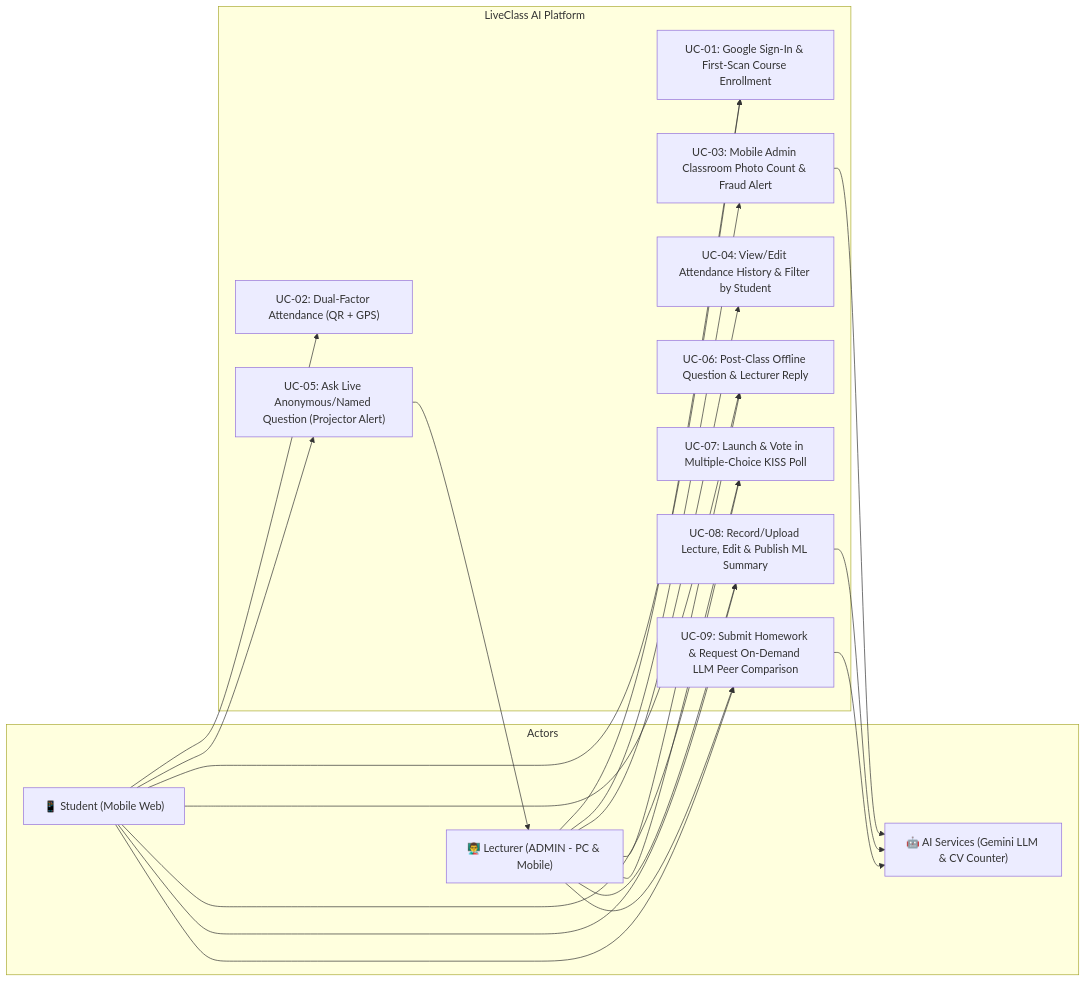
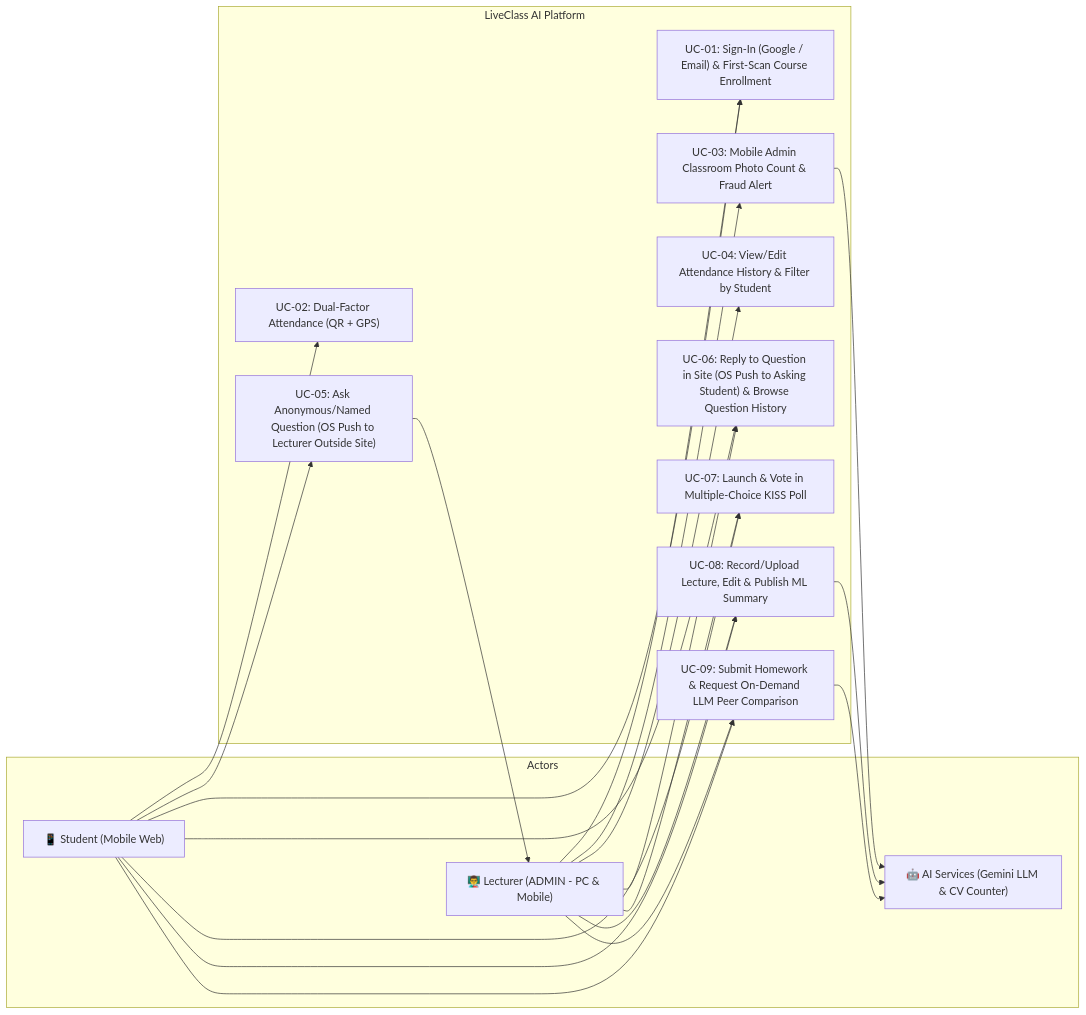
The diagram in docs/04_Use_Cases_Client_Stories.md (amiramAs/I2SE_Exe2), drawn with Mermaid before and after one commit. The commit also changed other lines of this file and 11 other files, not shown here.

````diff
--- a/docs/04_Use_Cases_Client_Stories.md
+++ b/docs/04_Use_Cases_Client_Stories.md
@@ -9,39 +9,39 @@
 ```mermaid
 flowchart LR
     subgraph Actors
         L["👨‍🏫 Lecturer (ADMIN - PC & Mobile)"]
         S["📱 Student (Mobile Web)"]
         AI["🤖 AI Services (Gemini LLM & CV Counter)"]
     end
 
     subgraph LiveClass_AI["LiveClass AI Platform"]
-        UC1["UC-01: Google Sign-In & First-Scan Course Enrollment"]
+        UC1["UC-01: Sign-In (Google / Email) & First-Scan Course Enrollment"]
         UC2["UC-02: Dual-Factor Attendance (QR + GPS)"]
         UC3["UC-03: Mobile Admin Classroom Photo Count & Fraud Alert"]
         UC4["UC-04: View/Edit Attendance History & Filter by Student"]
-        UC5["UC-05: Ask Live Anonymous/Named Question (Projector Alert)"]
-        UC6["UC-06: Post-Class Offline Question & Lecturer Reply"]
+        UC5["UC-05: Ask Anonymous/Named Question (OS Push to Lecturer Outside Site)"]
+        UC6["UC-06: Reply to Question in Site (OS Push to Asking Student) & Browse Question History"]
         UC7["UC-07: Launch & Vote in Multiple-Choice KISS Poll"]
         UC8["UC-08: Record/Upload Lecture, Edit & Publish ML Summary"]
         UC9["UC-09: Submit Homework & Request On-Demand LLM Peer Comparison"]
     end
 
     L --> UC1
     S --> UC1
     S --> UC2
     L --> UC3
     UC3 --> AI
     L --> UC4
     S --> UC5
     UC5 --> L
     S --> UC6
     L --> UC6
     L --> UC7
     S --> UC7
     L --> UC8
     UC8 --> AI
     S --> UC8
     L --> UC9
     S --> UC9
     UC9 --> AI
 ```
````
